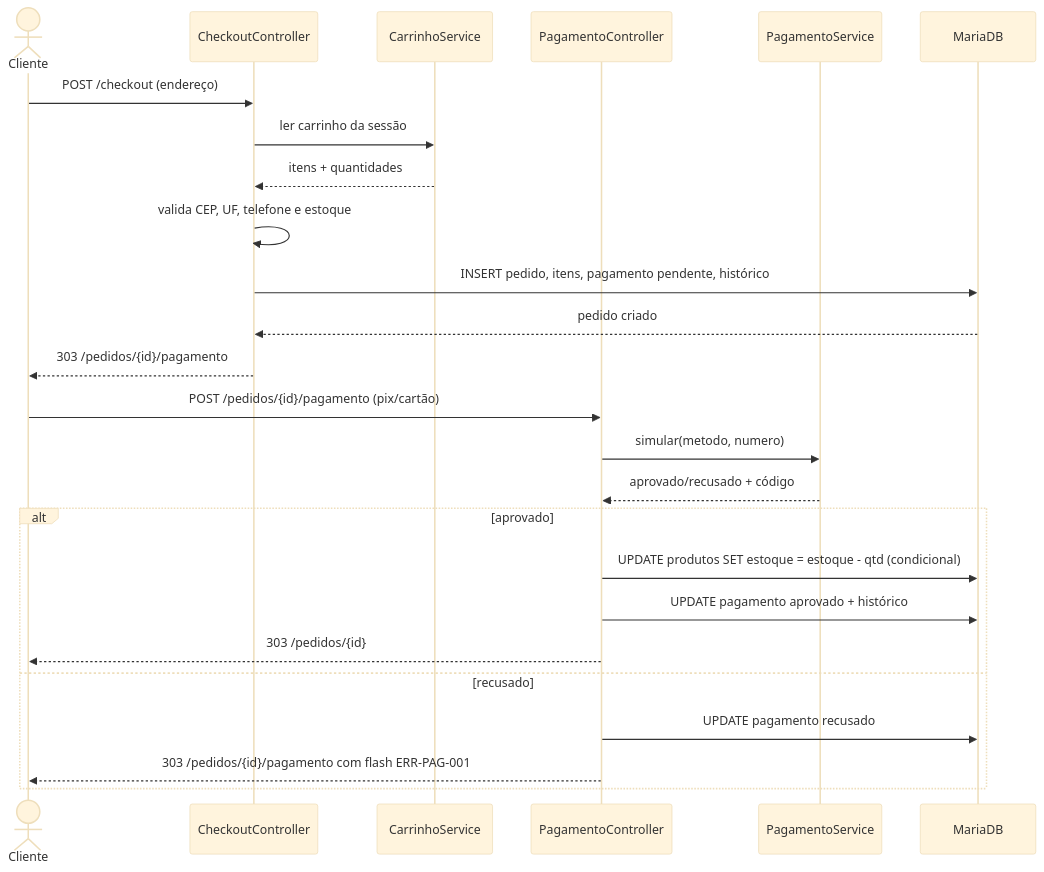
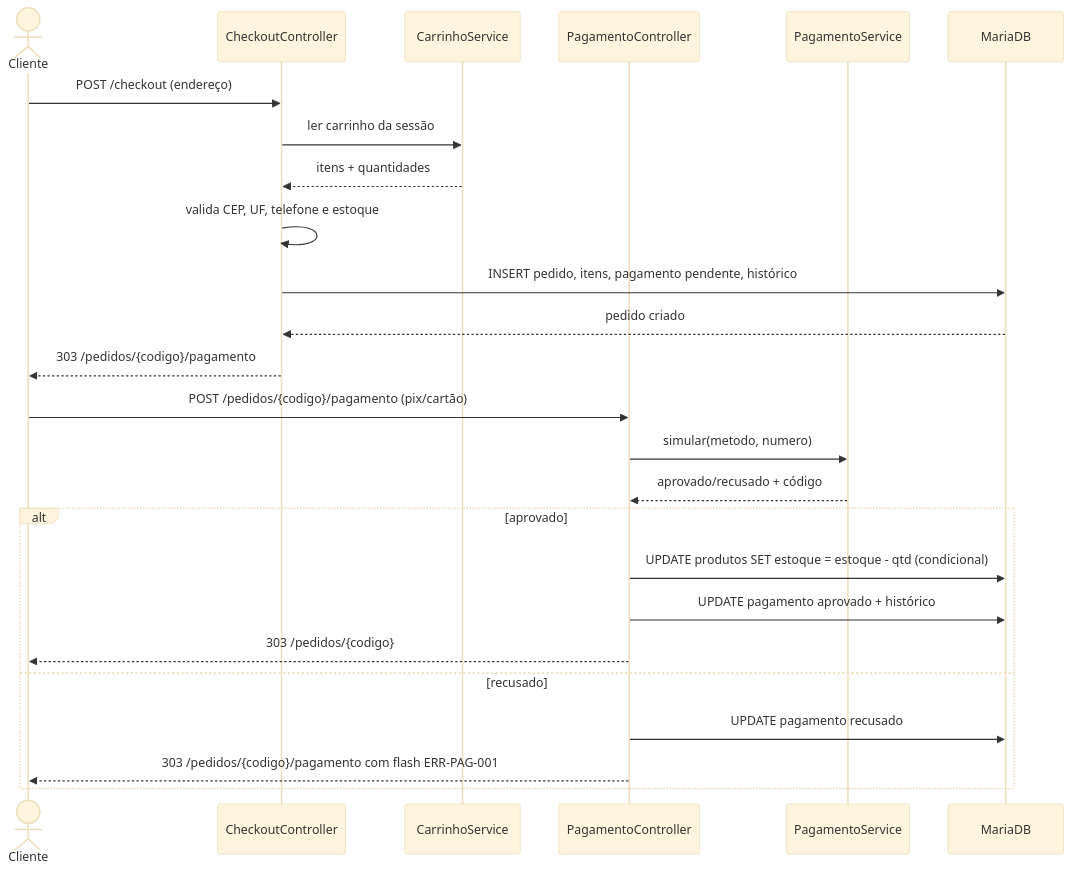
One commit to st-all-one/RESOLUCAO-PIT2-2026-11 changed the fifth of 5 diagrams in docs/03-uml/diagramas.md. Above: the diagram before and after it, drawn with Mermaid (base theme). The commit also changed 30 other files, not shown here.

````diff
--- a/docs/03-uml/diagramas.md
+++ b/docs/03-uml/diagramas.md
@@ -139,29 +139,29 @@
 ```mermaid
 sequenceDiagram
   actor C as Cliente
   participant CC as CheckoutController
   participant CS as CarrinhoService
   participant PC as PagamentoController
   participant PS as PagamentoService
   participant DB as MariaDB
 
   C->>CC: POST /checkout (endereço)
   CC->>CS: ler carrinho da sessão
   CS-->>CC: itens + quantidades
   CC->>CC: valida CEP, UF, telefone e estoque
   CC->>DB: INSERT pedido, itens, pagamento pendente, histórico
   DB-->>CC: pedido criado
-  CC-->>C: 303 /pedidos/{id}/pagamento
+  CC-->>C: 303 /pedidos/{codigo}/pagamento
 
-  C->>PC: POST /pedidos/{id}/pagamento (pix/cartão)
+  C->>PC: POST /pedidos/{codigo}/pagamento (pix/cartão)
   PC->>PS: simular(metodo, numero)
   PS-->>PC: aprovado/recusado + código
   alt aprovado
     PC->>DB: UPDATE produtos SET estoque = estoque - qtd (condicional)
     PC->>DB: UPDATE pagamento aprovado + histórico
-    PC-->>C: 303 /pedidos/{id}
+    PC-->>C: 303 /pedidos/{codigo}
   else recusado
     PC->>DB: UPDATE pagamento recusado
-    PC-->>C: 303 /pedidos/{id}/pagamento com flash ERR-PAG-001
+    PC-->>C: 303 /pedidos/{codigo}/pagamento com flash ERR-PAG-001
   end
 ```
````
